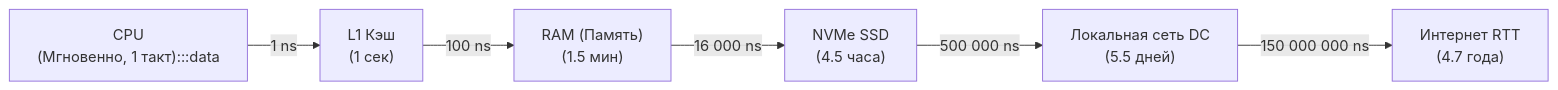
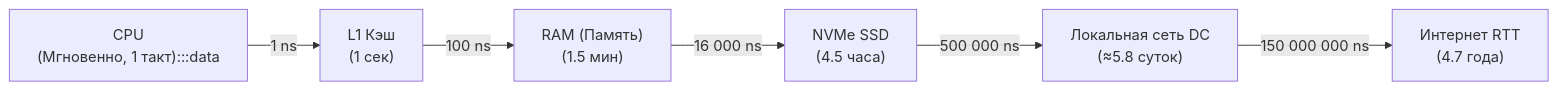
Before and after one commit to UnrealTemplier/go-textbook-ru: the diagram in sources/1. Архитектура компьютера/38. Latency Numbers Every Programmer Should Know.md, drawn with Mermaid. The commit also changed other lines of this file and 40 other files, not shown here.

````diff
--- a/sources/1. Архитектура компьютера/38. Latency Numbers Every Programmer Should Know.md
+++ b/sources/1. Архитектура компьютера/38. Latency Numbers Every Programmer Should Know.md
@@ -37,18 +38,18 @@
 ```mermaid
 flowchart LR
     classDef process  fill:#1e293b,stroke:#38bdf8,stroke-width:1px,color:#f8fafc
     classDef success  fill:#064e3b,stroke:#34d399,stroke-width:1px,color:#f8fafc
     classDef error    fill:#7f1d1d,stroke:#f87171,stroke-width:1px,color:#f8fafc
     classDef warning  fill:#78350f,stroke:#fbbf24,stroke-width:1px,color:#f8fafc
     classDef entry    fill:#1e3a5f,stroke:#38bdf8,stroke-width:2px,color:#f8fafc
     classDef aux      fill:#334155,stroke:#64748b,stroke-width:1px,color:#f8fafc
     classDef system   fill:#312e81,stroke:#a78bfa,stroke-width:1px,color:#f8fafc
     classDef data     fill:#132d29,stroke:#2dd4bf,stroke-width:1px,color:#f8fafc
     classDef network  fill:#881337,stroke:#fb7185,stroke-width:1px,color:#f8fafc
     classDef accent   fill:#1e1b4b,stroke:#818cf8,stroke-width:1px,color:#f8fafc
     CPU["CPU<br>(Мгновенно, 1 такт):::data"] -->|"1 ns"| L1["L1 Кэш<br>(1 сек)"]
     L1 -->|"100 ns"| RAM["RAM (Память)<br>(1.5 мин)"]
     RAM -->|"16 000 ns"| NVMe["NVMe SSD<br>(4.5 часа)"]
-    NVMe -->|"500 000 ns"| LAN["Локальная сеть DC<br>(5.5 дней)"]
+    NVMe -->|"500 000 ns"| LAN["Локальная сеть DC<br>(≈5.8 суток)"]
     LAN -->|"150 000 000 ns"| WAN["Интернет RTT<br>(4.7 года)"]
 ```
````
